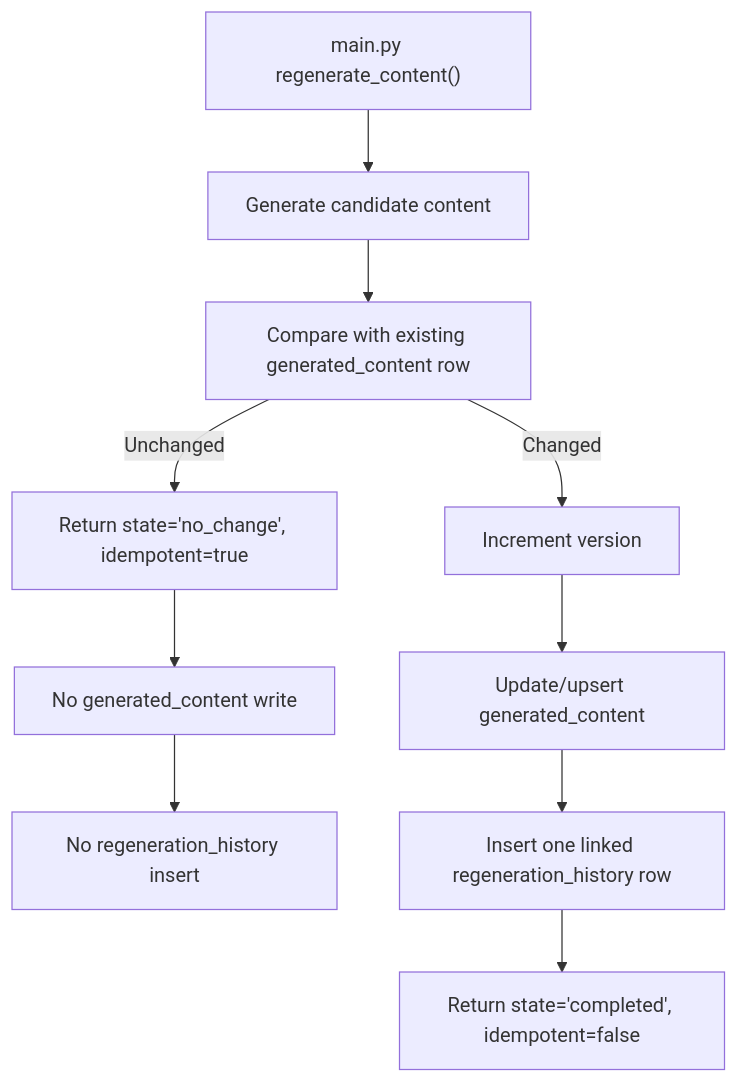
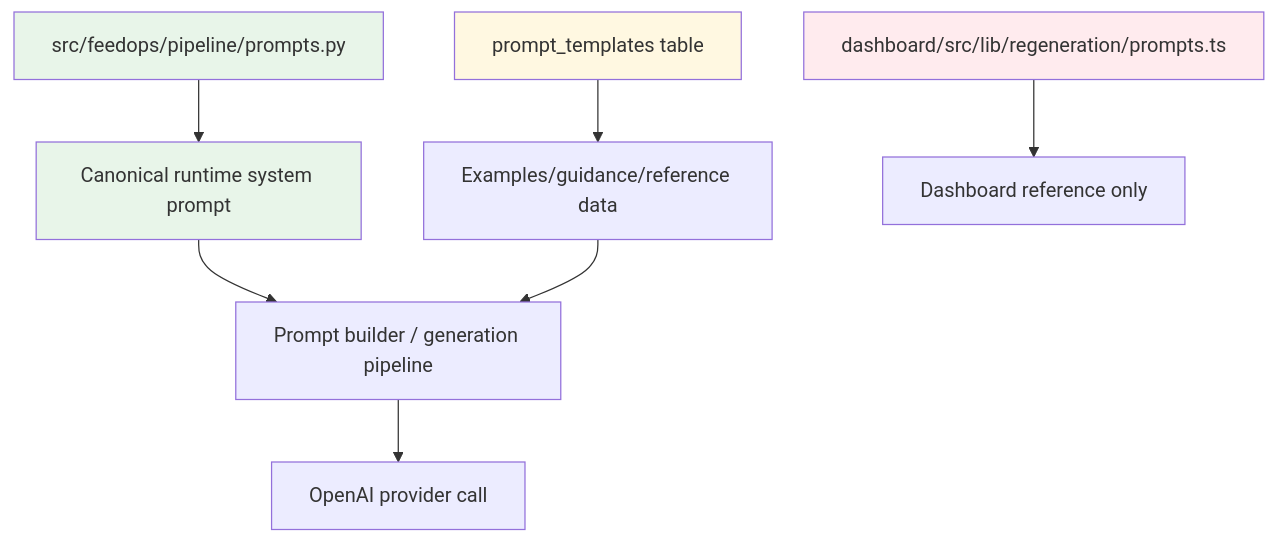
The second of 4 diagrams in docs/architecture/2026-02-26-prompt-source-and-generation-flow.md (bobby-andris/Allied-FeedOps), drawn with Mermaid before and after one commit. The commit also changed other lines of this file and 1 other file, not shown here.

Commit message:
fix(ci): unblock cloud run deploy by syncing prometheus runtime dep (#20)

````diff
--- a/docs/architecture/2026-02-26-prompt-source-and-generation-flow.md
+++ b/docs/architecture/2026-02-26-prompt-source-and-generation-flow.md
@@ -39,12 +36,16 @@
 ```mermaid
 flowchart TD
-  A["main.py regenerate_content()"] --> B["Generate candidate content"]
-  B --> C["Compare with existing generated_content row"]
-  C -->|Unchanged| N1["Return state='no_change', idempotent=true"]
-  N1 --> N2["No generated_content write"]
-  N2 --> N3["No regeneration_history insert"]
-  C -->|Changed| Y1["Increment version"]
-  Y1 --> Y2["Update/upsert generated_content"]
-  Y2 --> Y3["Insert one linked regeneration_history row"]
-  Y3 --> Y4["Return state='completed', idempotent=false"]
+  A["src/feedops/pipeline/prompts.py"] --> B["Canonical runtime system prompt"]
+  B --> C["Prompt builder / generation pipeline"]
+  C --> D["OpenAI provider call"]
+
+  E["prompt_templates table"] --> F["Examples/guidance/reference data"]
+  F --> C
+
+  G["dashboard/src/lib/regeneration/prompts.ts"] --> H["Dashboard reference only"]
+
+  style A fill:#e8f5e9
+  style B fill:#e8f5e9
+  style E fill:#fff8e1
+  style G fill:#ffebee
 ```
````
